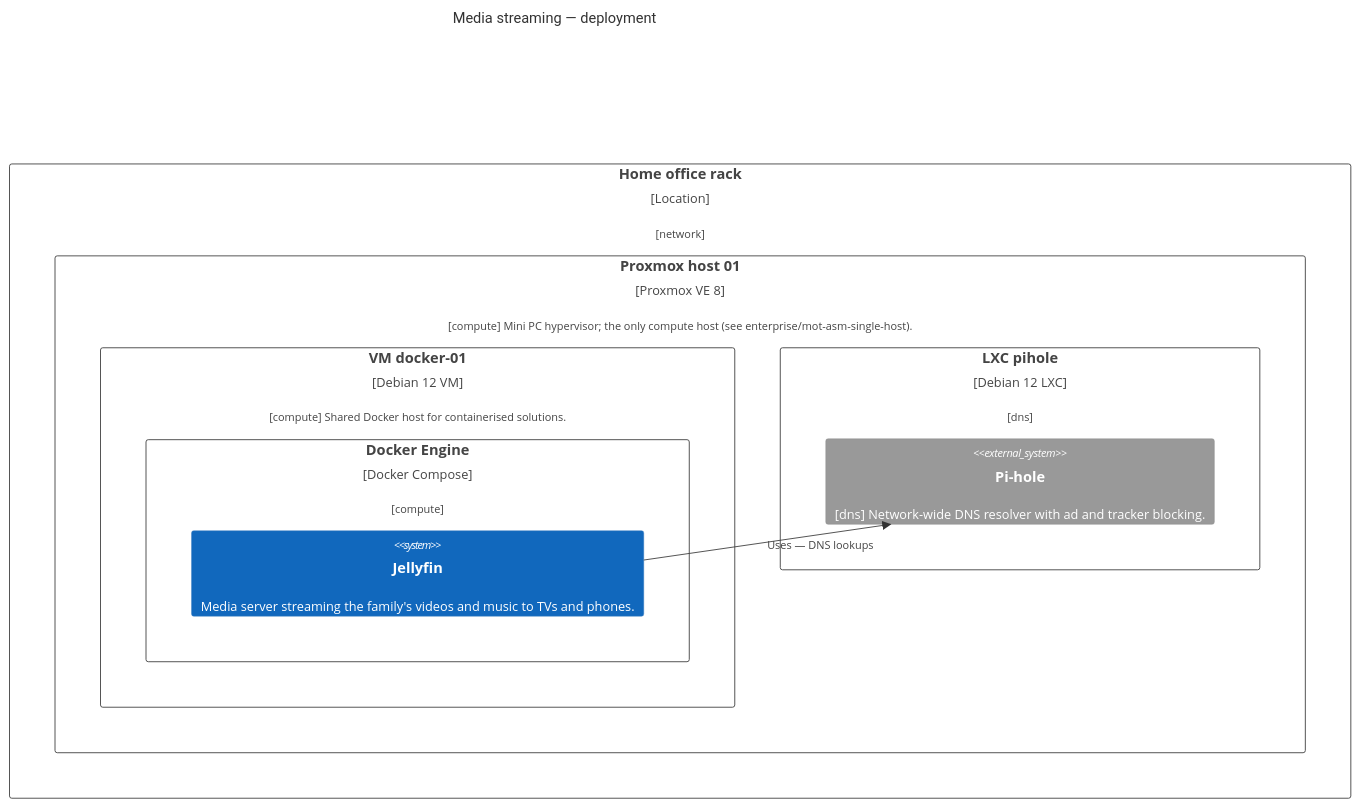
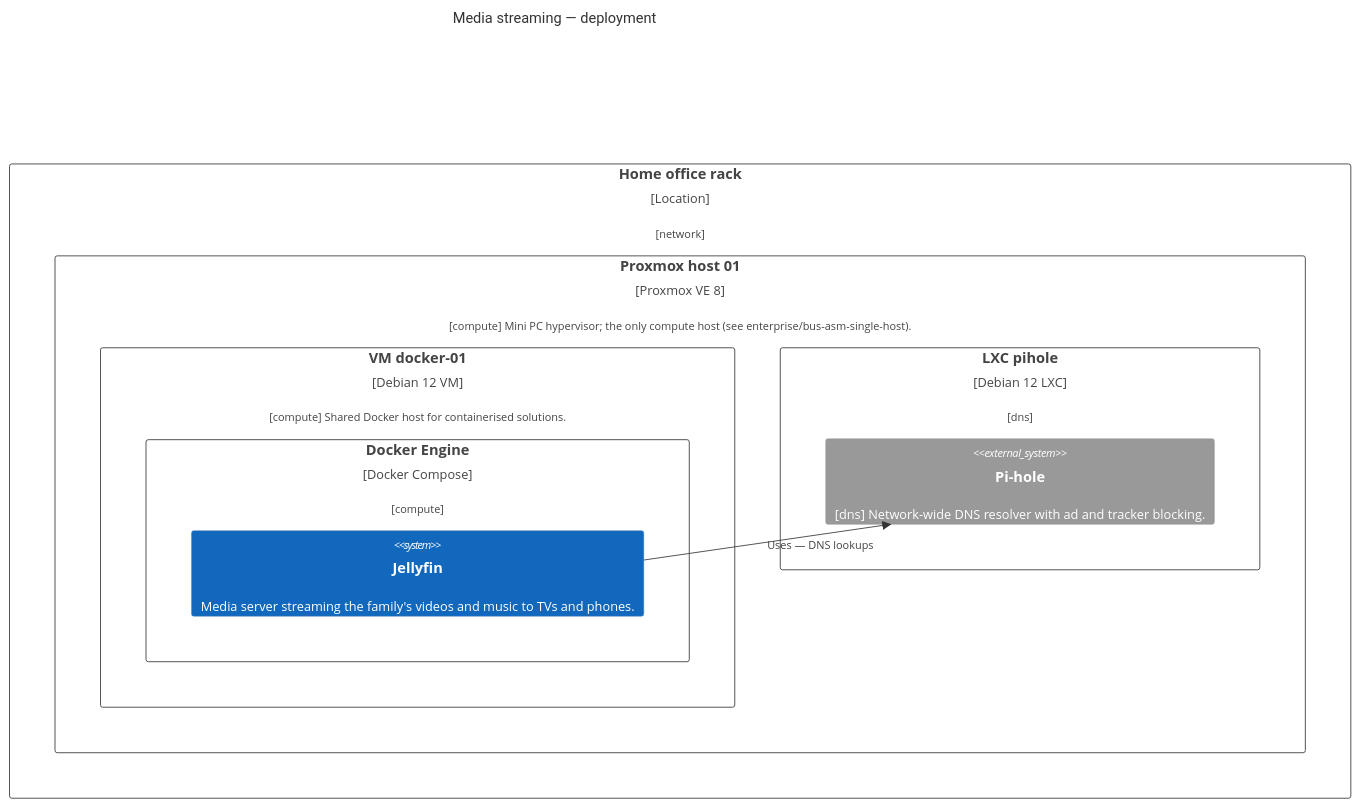
The third of 3 diagrams in docs/media/c4-deployment.md (b-zig/a4m), drawn with Mermaid before and after one commit. The commit also changed other lines of this file and 83 other files, not shown here.

````diff
--- a/docs/media/c4-deployment.md
+++ b/docs/media/c4-deployment.md
@@ -41,18 +41,18 @@
 ```mermaid
 C4Deployment
   title Media streaming — deployment
-  Deployment_Node(network__oth_loc_home, "Home office rack", "Location", "[network]") {
-    Deployment_Node(compute__tech_pve_01, "Proxmox host 01", "Proxmox VE 8", "[compute] Mini PC hypervisor; the only compute host (see enterprise/mot-asm-single-host).") {
-      Deployment_Node(compute__tech_vm_docker, "VM docker-01", "Debian 12 VM", "[compute] Shared Docker host for containerised solutions.") {
-        Deployment_Node(compute__tech_docker, "Docker Engine", "Docker Compose", "[compute]") {
+  Deployment_Node(network__infra_loc_home, "Home office rack", "Location", "[network]") {
+    Deployment_Node(compute__infra_pve_01, "Proxmox host 01", "Proxmox VE 8", "[compute] Mini PC hypervisor; the only compute host (see enterprise/bus-asm-single-host).") {
+      Deployment_Node(compute__infra_vm_docker, "VM docker-01", "Debian 12 VM", "[compute] Shared Docker host for containerised solutions.") {
+        Deployment_Node(compute__infra_docker, "Docker Engine", "Docker Compose", "[compute]") {
           System(app_jellyfin, "Jellyfin", "Media server streaming the family's videos and music to TVs and phones.")
         }
       }
-      Deployment_Node(dns__tech_lxc_pihole, "LXC pihole", "Debian 12 LXC", "[dns]") {
+      Deployment_Node(dns__infra_lxc_pihole, "LXC pihole", "Debian 12 LXC", "[dns]") {
         System_Ext(dns__app_pihole, "Pi-hole", "[dns] Network-wide DNS resolver with ad and tracker blocking.")
       }
     }
   }
   Rel(app_jellyfin, dns__app_pihole, "Uses — DNS lookups")
   UpdateLayoutConfig($c4ShapeInRow="4", $c4BoundaryInRow="2")
 ```
````
